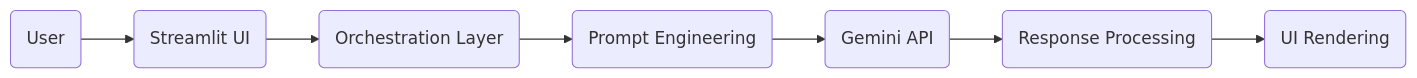
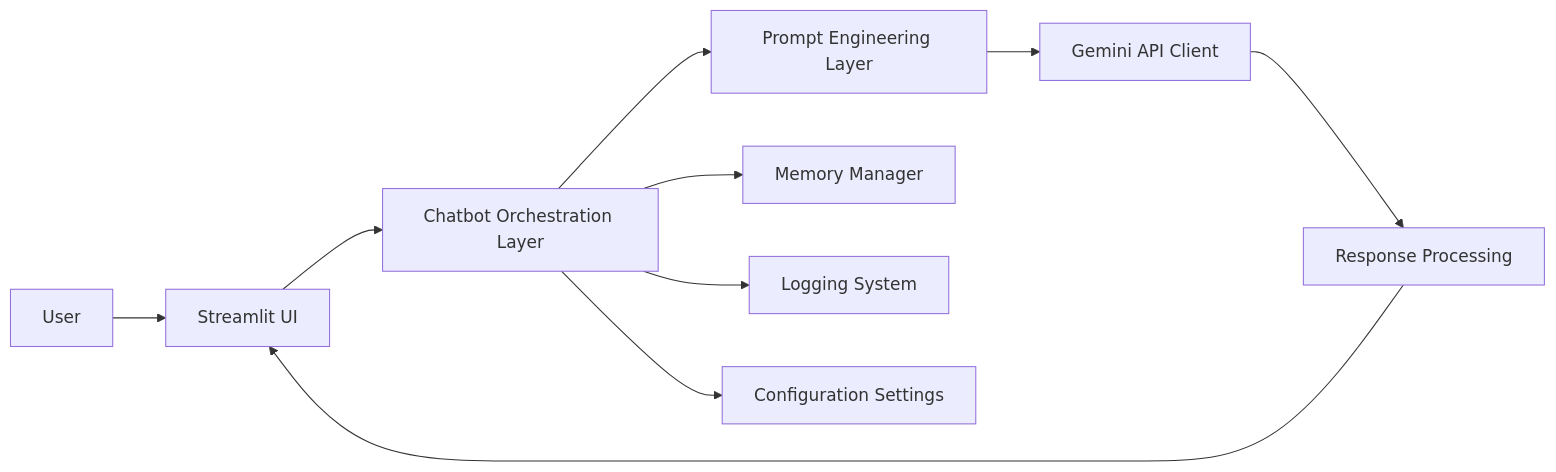
One commit to Manikanta986/GeminiAi_Career_Advisor_Chatbot changed the diagram in README.md. Above: the diagram before and after it, drawn with Mermaid. The commit also changed other lines of this file, not shown here.

````diff
--- a/README.md
+++ b/README.md
@@ -18,9 +10,12 @@
 ```mermaid
 flowchart LR
-    U(User) --> S(Streamlit UI)
-    S --> O(Orchestration Layer)
-    O --> P(Prompt Engineering)
-    P --> G(Gemini API)
-    G --> R(Response Processing)
-    R --> UI(UI Rendering)
+    A[User] --> B[Streamlit UI]
+    B --> C[Chatbot Orchestration Layer]
+    C --> D[Prompt Engineering Layer]
+    D --> E[Gemini API Client]
+    E --> F[Response Processing]
+    F --> B
+    C --> M[Memory Manager]
+    C --> L[Logging System]
+    C --> S[Configuration Settings]
 ```
````
